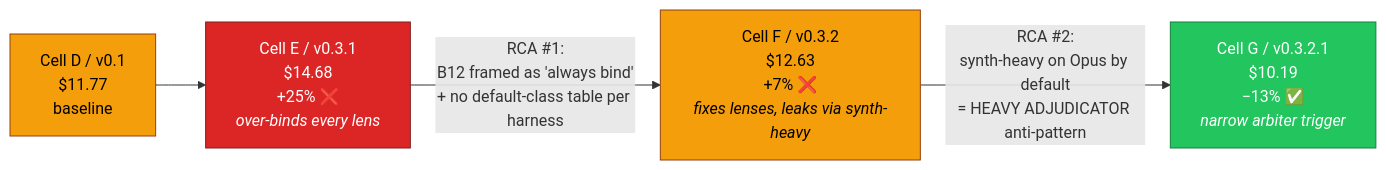
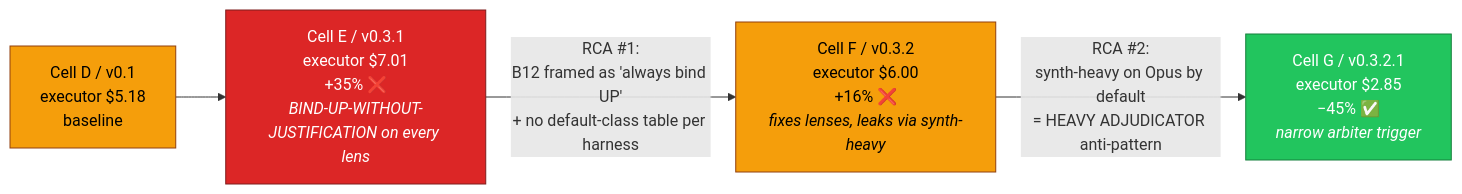
The first of 3 diagrams in dev/empirical-proof/ab-experiment-apm-1424/REPORT.md (jeremiah-snee-openx/genesis), drawn with Mermaid before and after one commit. The commit also changed other lines of this file and 9 other files, not shown here.

````diff
--- a/dev/empirical-proof/ab-experiment-apm-1424/REPORT.md
+++ b/dev/empirical-proof/ab-experiment-apm-1424/REPORT.md
@@ -31,15 +32,15 @@
 ```mermaid
 flowchart LR
     classDef bad fill:#dc2626,stroke:#7f1d1d,color:#fff
     classDef neutral fill:#f59e0b,stroke:#92400e,color:#000
     classDef good fill:#22c55e,stroke:#15803d,color:#fff
 
-    D[Cell D / v0.1<br/>$11.77<br/>baseline]:::neutral
-    E[Cell E / v0.3.1<br/>$14.68<br/>+25% ❌<br/><i>over-binds every lens</i>]:::bad
-    F[Cell F / v0.3.2<br/>$12.63<br/>+7% ❌<br/><i>fixes lenses, leaks via synth-heavy</i>]:::neutral
-    G[Cell G / v0.3.2.1<br/>$10.19<br/>−13% ✅<br/><i>narrow arbiter trigger</i>]:::good
+    D[Cell D / v0.1<br/>executor $5.18<br/>baseline]:::neutral
+    E[Cell E / v0.3.1<br/>executor $7.01<br/>+35% ❌<br/><i>BIND-UP-WITHOUT-JUSTIFICATION on every lens</i>]:::bad
+    F[Cell F / v0.3.2<br/>executor $6.00<br/>+16% ❌<br/><i>fixes lenses, leaks via synth-heavy</i>]:::neutral
+    G[Cell G / v0.3.2.1<br/>executor $2.85<br/>−45% ✅<br/><i>narrow arbiter trigger</i>]:::good
 
     D --> E
-    E -->|"RCA #1:<br/>B12 framed as 'always bind'<br/>+ no default-class table per harness"| F
+    E -->|"RCA #1:<br/>B12 framed as 'always bind UP'<br/>+ no default-class table per harness"| F
     F -->|"RCA #2:<br/>synth-heavy on Opus by default<br/>= HEAVY ADJUDICATOR anti-pattern"| G
 ```
````
